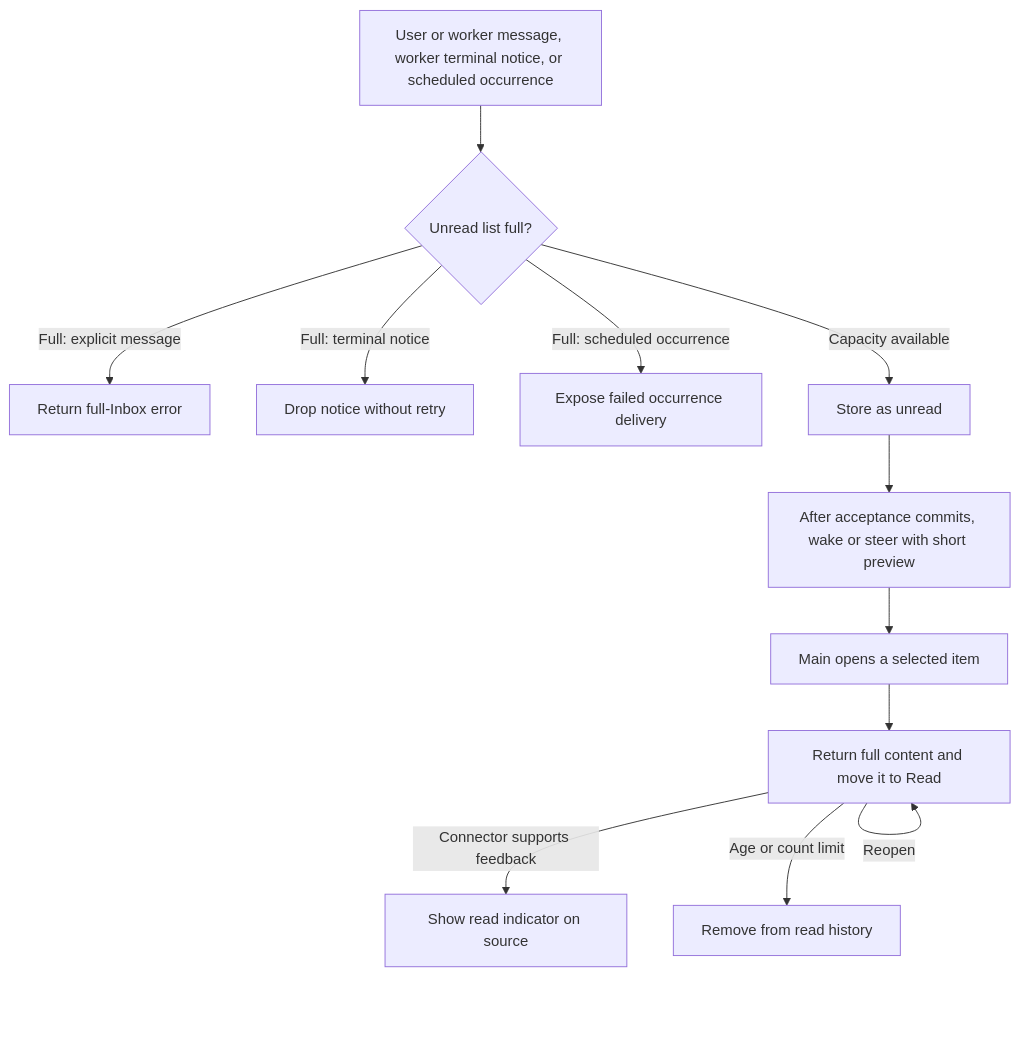
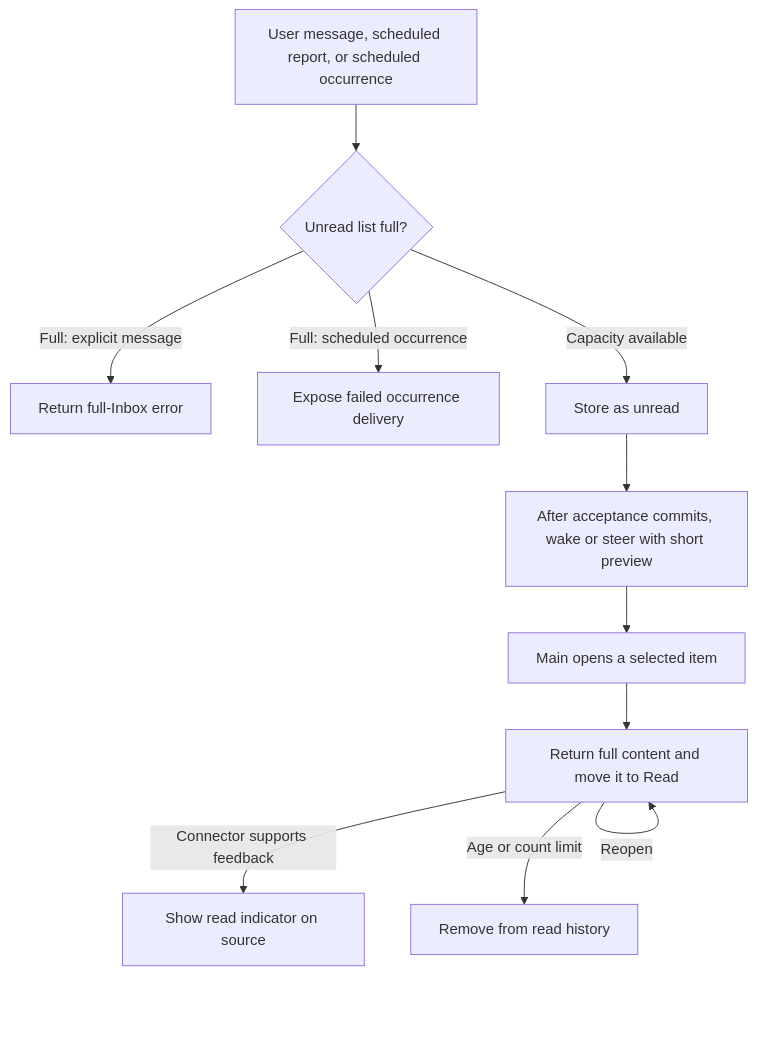
One commit to Wh1isper/a13n-claw changed the diagram in spec/01-inbox.md. Above: the diagram before and after it, drawn with Mermaid. The commit also changed other lines of this file and 77 other files, not shown here.

````diff
--- a/spec/01-inbox.md
+++ b/spec/01-inbox.md
@@ -29,14 +28,13 @@
 ```mermaid
 flowchart TD
-    Incoming[User or worker message, worker terminal notice, or scheduled occurrence] --> Check{Unread list full?}
+    Incoming[User message, scheduled report, or scheduled occurrence] --> Check{Unread list full?}
     Check -->|Full: explicit message| Reject[Return full-Inbox error]
-    Check -->|Full: terminal notice| Drop[Drop notice without retry]
     Check -->|Full: scheduled occurrence| ScheduleReject[Expose failed occurrence delivery]
     Check -->|Capacity available| Unread[Store as unread]
     Unread --> Preview[After acceptance commits, wake or steer with short preview]
     Preview --> Open[Main opens a selected item]
     Open --> Read[Return full content and move it to Read]
     Read -->|Connector supports feedback| Feedback[Show read indicator on source]
     Read -->|Reopen| Read
     Read -->|Age or count limit| Prune[Remove from read history]
 ```
````
